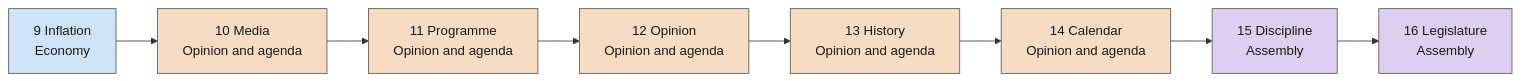
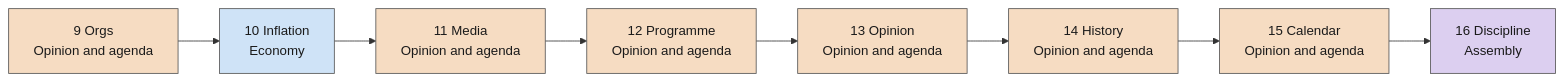
The second of 5 diagrams in docs/tick-order.md (powerbassist/World-simulator), drawn with Mermaid before and after one commit. The commit also changed other lines of this file and 12 other files, not shown here.

````diff
--- a/docs/tick-order.md
+++ b/docs/tick-order.md
@@ -42,18 +42,18 @@
 ```mermaid
 flowchart LR
-  s9["9 Inflation<br/>Economy"]:::g0
-  s10["10 Media<br/>Opinion and agenda"]:::g1
-  s11["11 Programme<br/>Opinion and agenda"]:::g1
-  s12["12 Opinion<br/>Opinion and agenda"]:::g1
-  s13["13 History<br/>Opinion and agenda"]:::g1
-  s14["14 Calendar<br/>Opinion and agenda"]:::g1
-  s15["15 Discipline<br/>Assembly"]:::g2
-  s16["16 Legislature<br/>Assembly"]:::g2
+  s9["9 Orgs<br/>Opinion and agenda"]:::g1
+  s10["10 Inflation<br/>Economy"]:::g0
+  s11["11 Media<br/>Opinion and agenda"]:::g1
+  s12["12 Programme<br/>Opinion and agenda"]:::g1
+  s13["13 Opinion<br/>Opinion and agenda"]:::g1
+  s14["14 History<br/>Opinion and agenda"]:::g1
+  s15["15 Calendar<br/>Opinion and agenda"]:::g1
+  s16["16 Discipline<br/>Assembly"]:::g2
   s9 --> s10 --> s11 --> s12 --> s13 --> s14 --> s15 --> s16
   classDef g0 fill:#cfe3f7,stroke:#555,color:#1a1a1a
   classDef g1 fill:#f6dcc2,stroke:#555,color:#1a1a1a
   classDef g2 fill:#dccff0,stroke:#555,color:#1a1a1a
   classDef g3 fill:#cdebd3,stroke:#555,color:#1a1a1a
   classDef g4 fill:#f3e7b5,stroke:#555,color:#1a1a1a
   classDef g5 fill:#f2cfd3,stroke:#555,color:#1a1a1a
 ```
````
